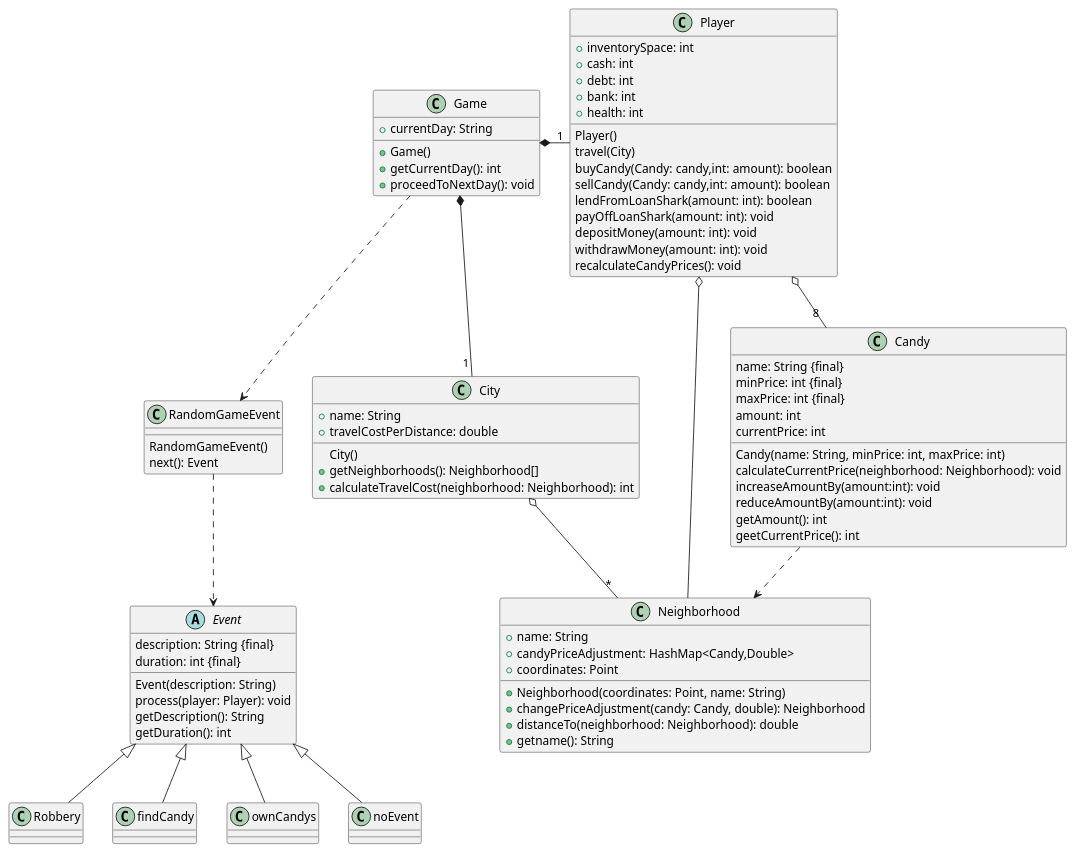
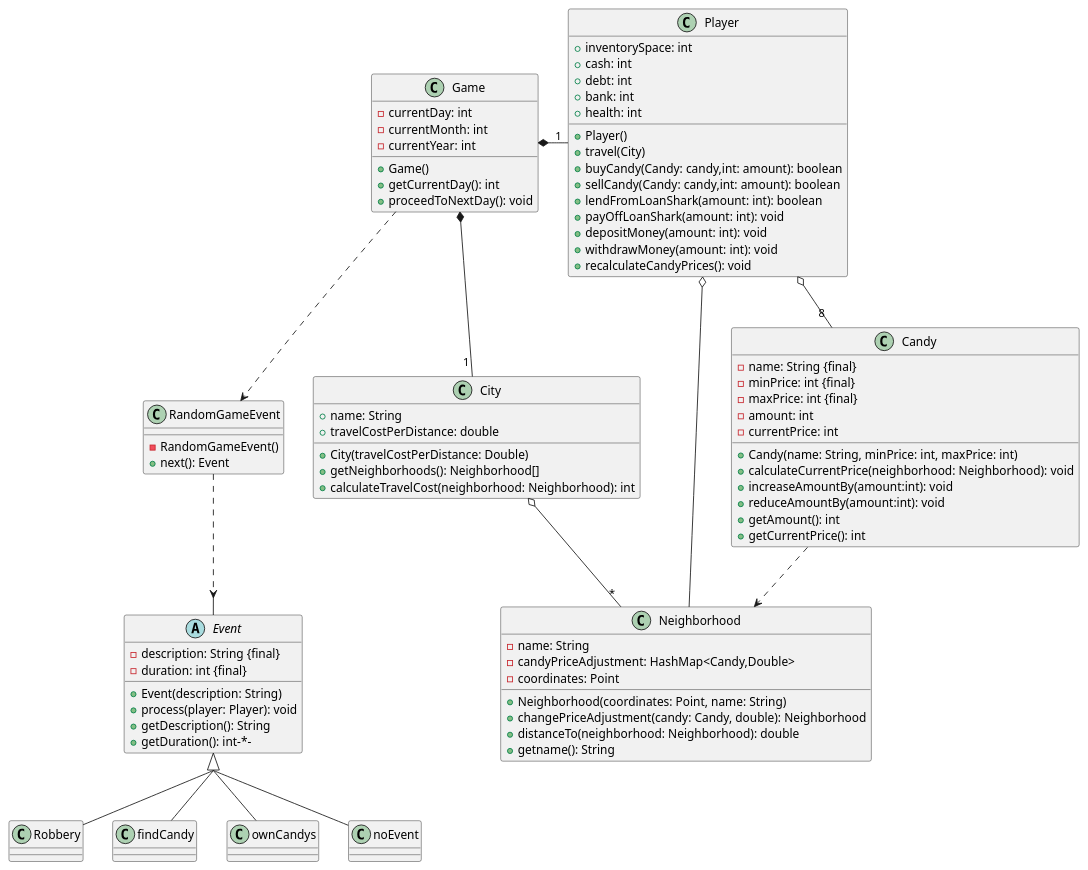
One commit to LucaSch31/JavaSchulung changed the diagram in uml/CLuml.puml. Above: the diagram before and after it, drawn with PlantUML. The commit also changed 33 other files, not shown here.

```diff
--- a/uml/CLuml.puml
+++ b/uml/CLuml.puml
@@ -1,107 +1,110 @@
 @startuml
 'https://plantuml.com/class-diagram
+skinparam groupInheritance 2
 
 Game *-- "1 " City
 Game *- "1" Player
 Player o-- "8 " Candy
 City o-- "*" Neighborhood
 Event <|-- Robbery
 Event <|-- findCandy
 Event <|-- ownCandys
 Event <|-- noEvent
 Player o- Neighborhood
 Candy ..> Neighborhood
 
 Game ..> RandomGameEvent
 RandomGameEvent ..> Event
 
 
 class Player    {
 +inventorySpace: int
 +cash: int
 +debt: int
 +bank: int
 +health: int
 
-Player()
-travel(City)
-buyCandy(Candy: candy,int: amount): boolean
-sellCandy(Candy: candy,int: amount): boolean
-lendFromLoanShark(amount: int): boolean
-payOffLoanShark(amount: int): void
-depositMoney(amount: int): void
-withdrawMoney(amount: int): void
-recalculateCandyPrices(): void
++Player()
++travel(City)
++buyCandy(Candy: candy,int: amount): boolean
++sellCandy(Candy: candy,int: amount): boolean
++lendFromLoanShark(amount: int): boolean
++payOffLoanShark(amount: int): void
++depositMoney(amount: int): void
++withdrawMoney(amount: int): void
++recalculateCandyPrices(): void
 }
 
 class Candy     {
-name: String {final}
-minPrice: int {final}
-maxPrice: int {final}
-amount: int
-currentPrice: int
+-name: String {final}
+-minPrice: int {final}
+-maxPrice: int {final}
+-amount: int
+-currentPrice: int
 
-Candy(name: String, minPrice: int, maxPrice: int)
-calculateCurrentPrice(neighborhood: Neighborhood): void
-increaseAmountBy(amount:int): void
-reduceAmountBy(amount:int): void
-getAmount(): int
-geetCurrentPrice(): int
++Candy(name: String, minPrice: int, maxPrice: int)
++calculateCurrentPrice(neighborhood: Neighborhood): void
++increaseAmountBy(amount:int): void
++reduceAmountBy(amount:int): void
++getAmount(): int
++getCurrentPrice(): int
 }
 
 class City  {
     +name: String
     +travelCostPerDistance: double
-    City()
+    +City(travelCostPerDistance: Double)
     +getNeighborhoods(): Neighborhood[]
     +calculateTravelCost(neighborhood: Neighborhood): int
 }
 
 class Game      {
-    +currentDay: String
+    -currentDay: int
+    -currentMonth: int
+    -currentYear: int
     +Game()
     +getCurrentDay(): int
     +proceedToNextDay(): void
 }
 
 class Neighborhood  {
-    +name: String
-    +candyPriceAdjustment: HashMap<Candy,Double>
-    +coordinates: Point
+    -name: String
+    -candyPriceAdjustment: HashMap<Candy,Double>
+    -coordinates: Point
     +Neighborhood(coordinates: Point, name: String)
     +changePriceAdjustment(candy: Candy, double): Neighborhood
     +distanceTo(neighborhood: Neighborhood): double
     +getname(): String
 }
 
 abstract class Event    {
-description: String {final}
-duration: int {final}
-Event(description: String)
-process(player: Player): void
-getDescription(): String
-getDuration(): int
+-description: String {final}
+-duration: int {final}
++Event(description: String)
++process(player: Player): void
++getDescription(): String
++getDuration(): int-*-
 }
 
 class Robbery   {
 
 }
 
 class findCandy {
 
 }
 
 class ownCandys {
 
 }
 
 class noEvent   {
 
 }
 
 class RandomGameEvent   {
-RandomGameEvent()
-next(): Event
+-RandomGameEvent()
++next(): Event
 }
 
 @enduml
```
